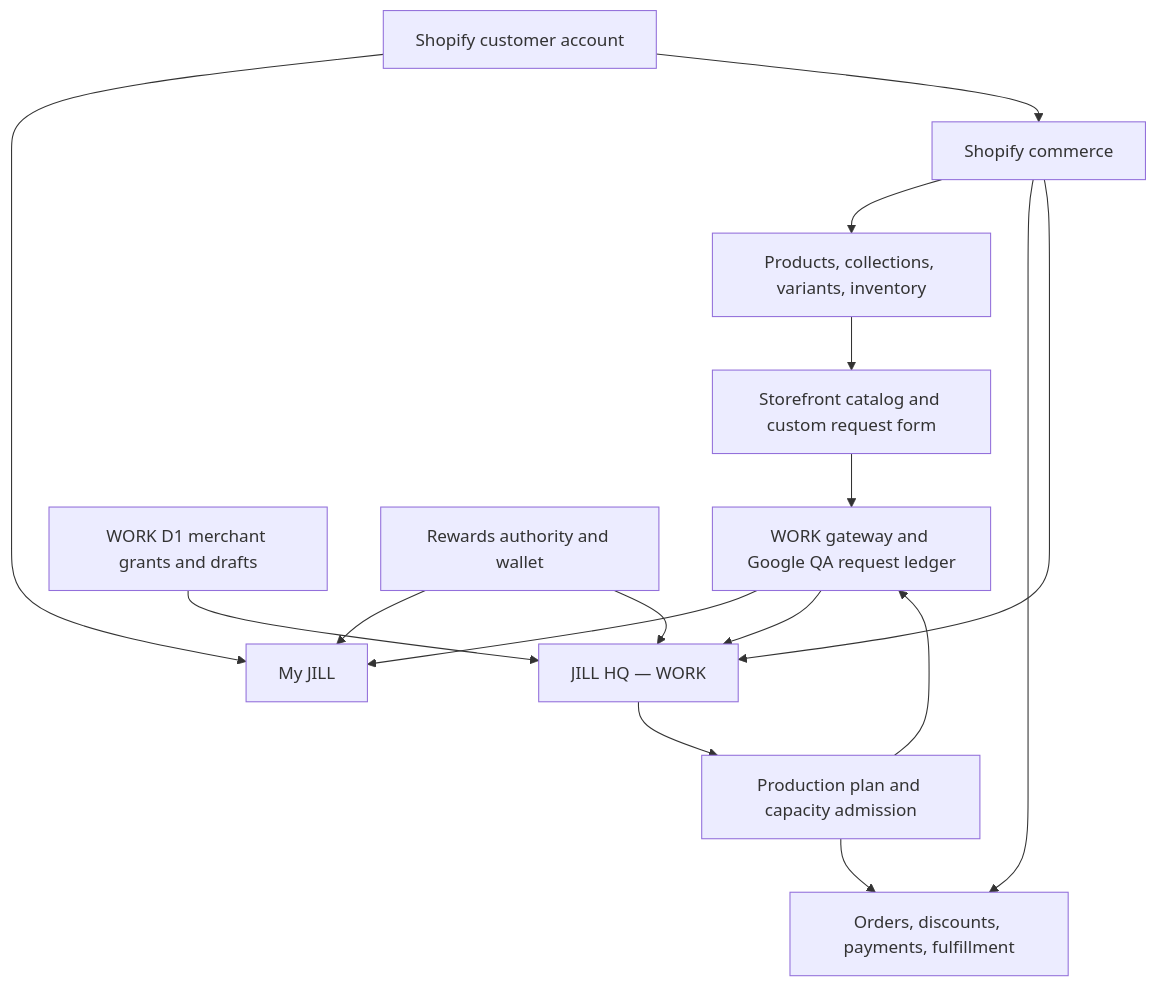
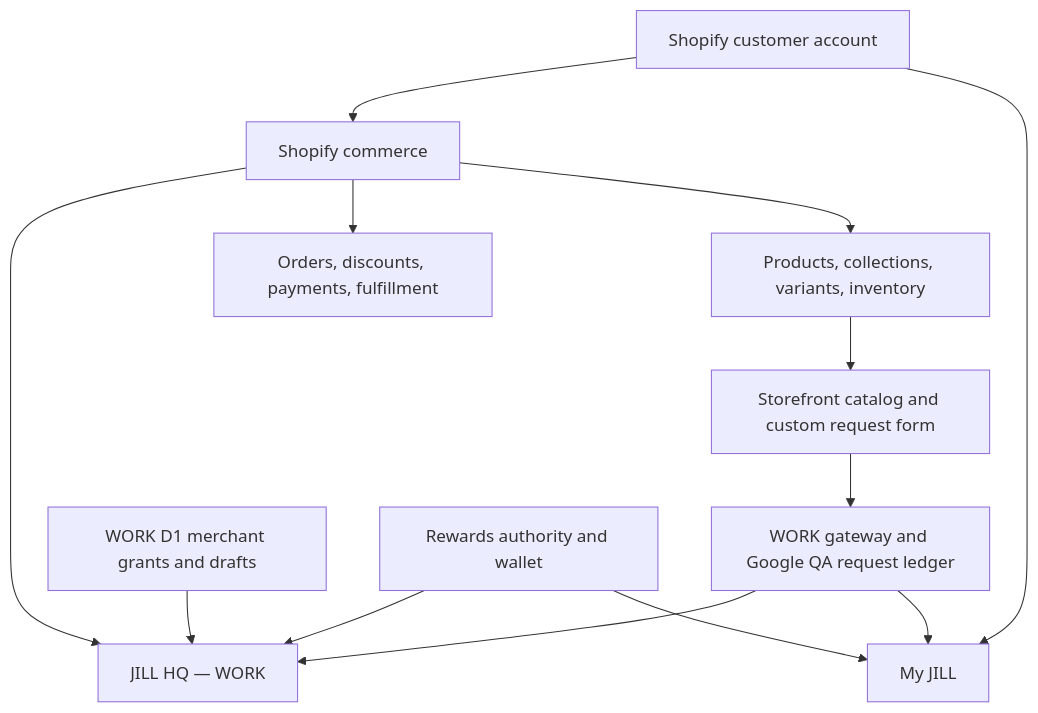
One commit to JILLOnline/JILL-WEB changed the diagram in docs/JILL_HQ_WORK_SYSTEM_MAP.md. Above: the diagram before and after it, drawn with Mermaid. The commit also changed other lines of this file and 2 other files, not shown here.

````diff
--- a/docs/JILL_HQ_WORK_SYSTEM_MAP.md
+++ b/docs/JILL_HQ_WORK_SYSTEM_MAP.md
@@ -7,18 +7,15 @@
 ```mermaid
 flowchart TD
   C["Shopify customer account"] --> A["My JILL"]
   C --> S["Shopify commerce"]
   S --> P["Products, collections, variants, inventory"]
   S --> O["Orders, discounts, payments, fulfillment"]
   P --> F["Storefront catalog and custom request form"]
   F --> G["WORK gateway and Google QA request ledger"]
   G --> A
   G --> H["JILL HQ — WORK"]
   S --> H
   D["WORK D1 merchant grants and drafts"] --> H
   R["Rewards authority and wallet"] --> A
   R --> H
-  H --> K["Production plan and capacity admission"]
-  K --> G
-  K --> O
 ```
````
